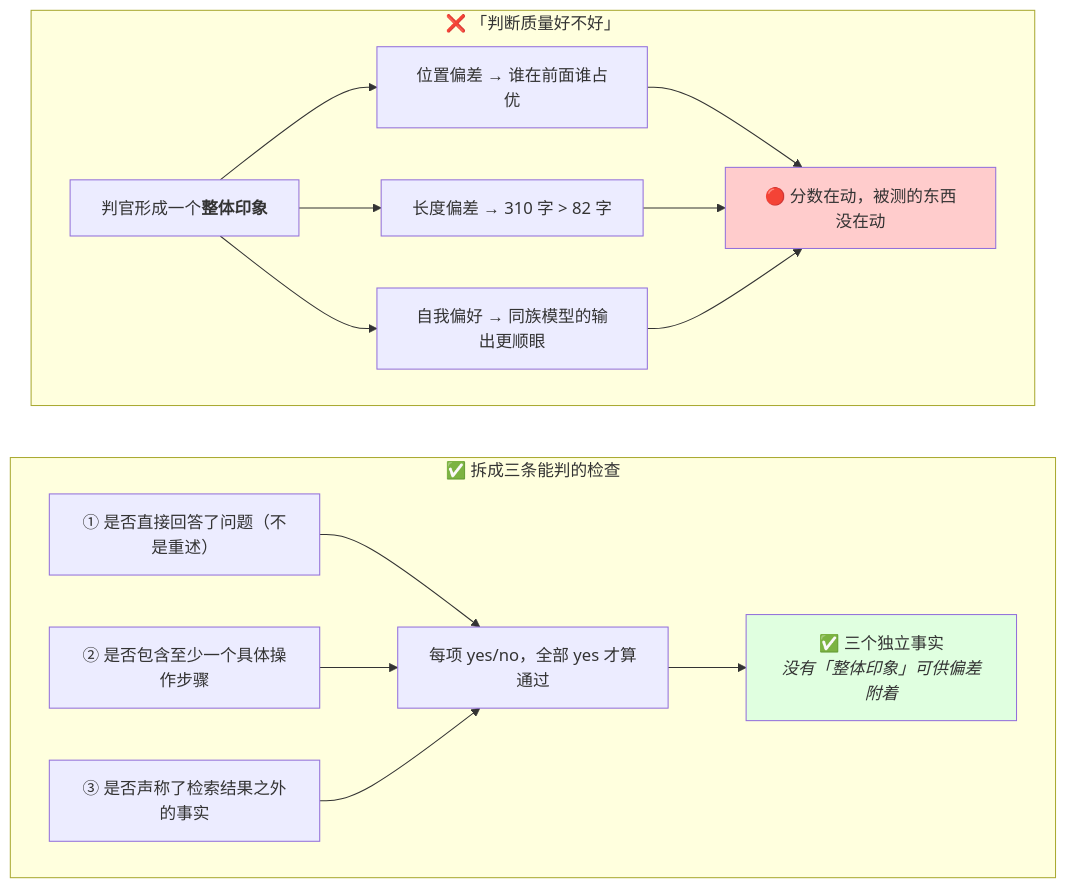
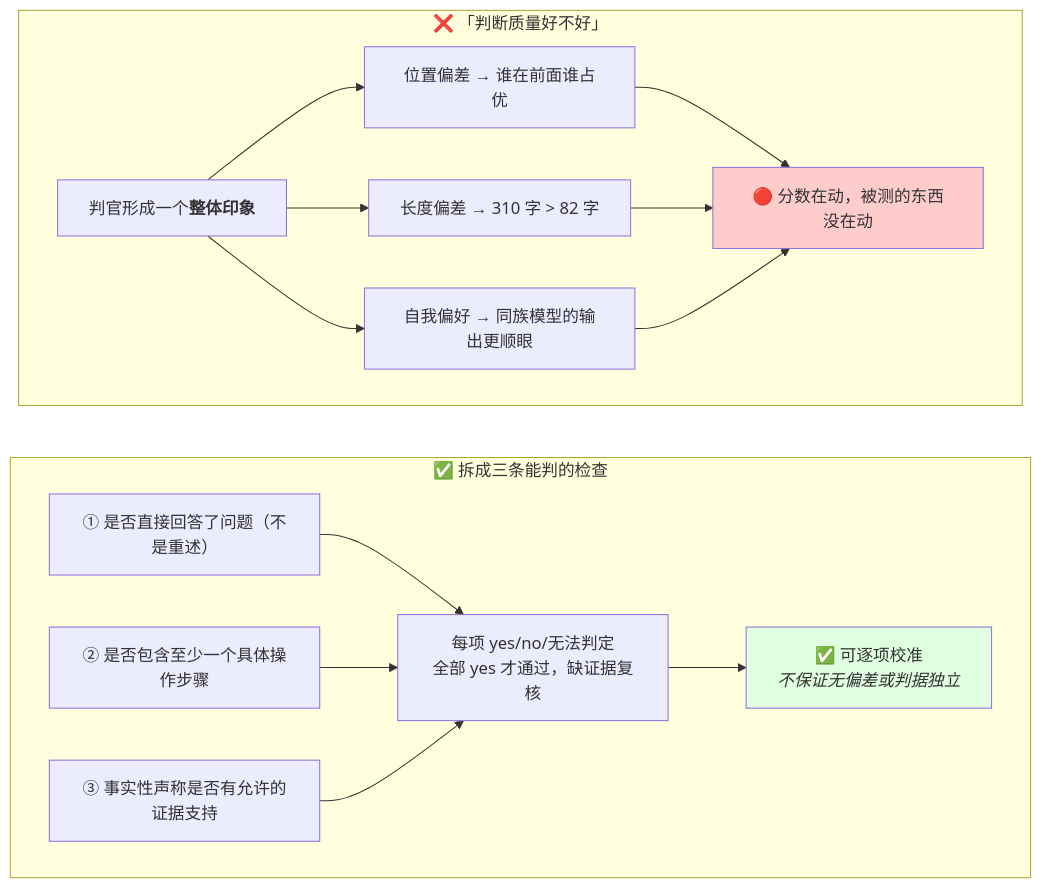
The sixth of 10 diagrams in handbook/ai-agent/06-评估.md (didadila/ai-agent-handbook), drawn with Mermaid before and after one commit. The commit also changed other lines of this file and 211 other files, not shown here.

````diff
--- a/handbook/ai-agent/06-评估.md
+++ b/handbook/ai-agent/06-评估.md
@@ -470,27 +511,27 @@
 ```mermaid
 flowchart TB
     subgraph BAD["❌ 「判断质量好不好」"]
         B1["判官形成一个<b>整体印象</b>"]
         B1 --> B2["位置偏差 → 谁在前面谁占优"]
         B1 --> B3["长度偏差 → 310 字 > 82 字"]
         B1 --> B4["自我偏好 → 同族模型的输出更顺眼"]
         B2 --> B5["🔴 分数在动，被测的东西没在动"]
         B3 --> B5
         B4 --> B5
     end
 
     subgraph GOOD["✅ 拆成三条能判的检查"]
         G1["① 是否直接回答了问题（不是重述）"]
         G2["② 是否包含至少一个具体操作步骤"]
-        G3["③ 是否声称了检索结果之外的事实"]
-        G1 --> G4["每项 yes/no，全部 yes 才算通过"]
+        G3["③ 事实性声称是否有允许的证据支持"]
+        G1 --> G4["每项 yes/no/无法判定<br/>全部 yes 才通过，缺证据复核"]
         G2 --> G4
         G3 --> G4
-        G4 --> G5["✅ 三个独立事实<br/><i>没有「整体印象」可供偏差附着</i>"]
+        G4 --> G5["✅ 可逐项校准<br/><i>不保证无偏差或判据独立</i>"]
     end
 
     BAD ~~~ GOOD
 
     style B5 fill:#ffcccc
     style G5 fill:#e0ffe0
 ```
````
